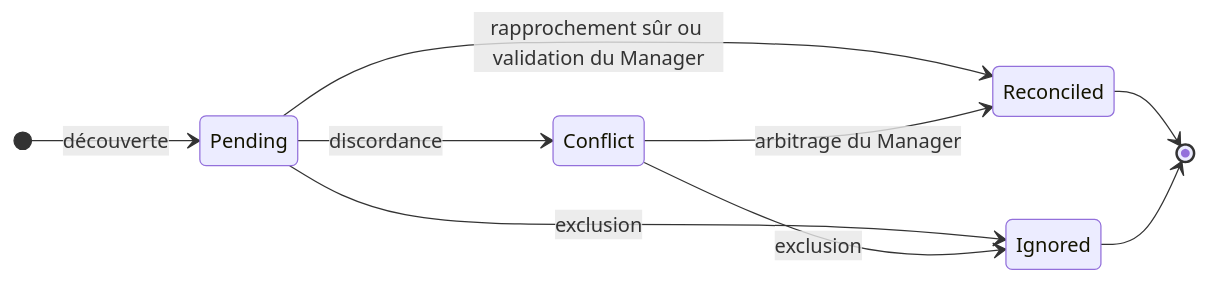
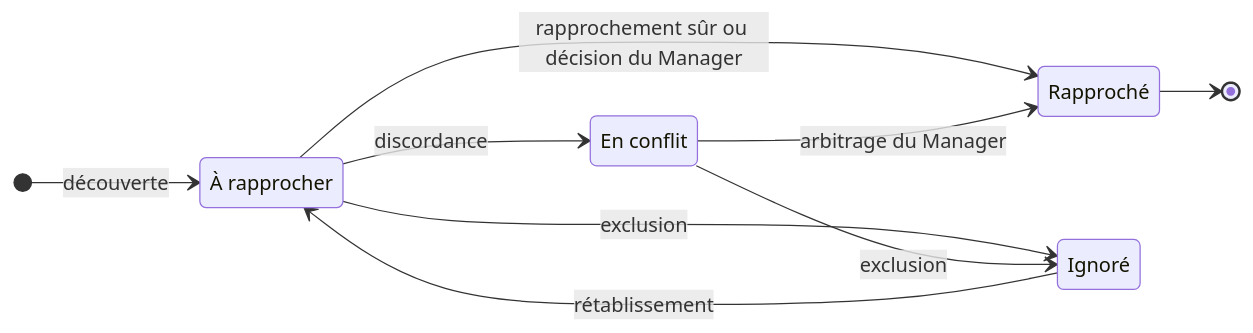
Before and after one commit to christian-raj/S-Aloha: the fourth of 5 diagrams in docs/reference/processus/gestion-de-la-configuration.md, drawn with Mermaid. The commit also changed other lines of this file and 14 other files, not shown here.

````diff
--- a/docs/reference/processus/gestion-de-la-configuration.md
+++ b/docs/reference/processus/gestion-de-la-configuration.md
@@ -245,12 +262,16 @@
 ```mermaid
 stateDiagram-v2
     direction LR
-    [*] --> Pending : découverte
-    Pending --> Reconciled : rapprochement sûr ou validation du Manager
-    Pending --> Ignored : exclusion
-    Pending --> Conflict : discordance
-    Conflict --> Reconciled : arbitrage du Manager
-    Conflict --> Ignored : exclusion
-    Reconciled --> [*]
-    Ignored --> [*]
+    [*] --> ARapprocher : découverte
+    ARapprocher --> Rapproche : rapprochement sûr ou décision du Manager
+    ARapprocher --> Ignore : exclusion
+    ARapprocher --> EnConflit : discordance
+    EnConflit --> Rapproche : arbitrage du Manager
+    EnConflit --> Ignore : exclusion
+    Ignore --> ARapprocher : rétablissement
+    Rapproche --> [*]
+    ARapprocher : À rapprocher
+    Rapproche : Rapproché
+    Ignore : Ignoré
+    EnConflit : En conflit
 ```
````
